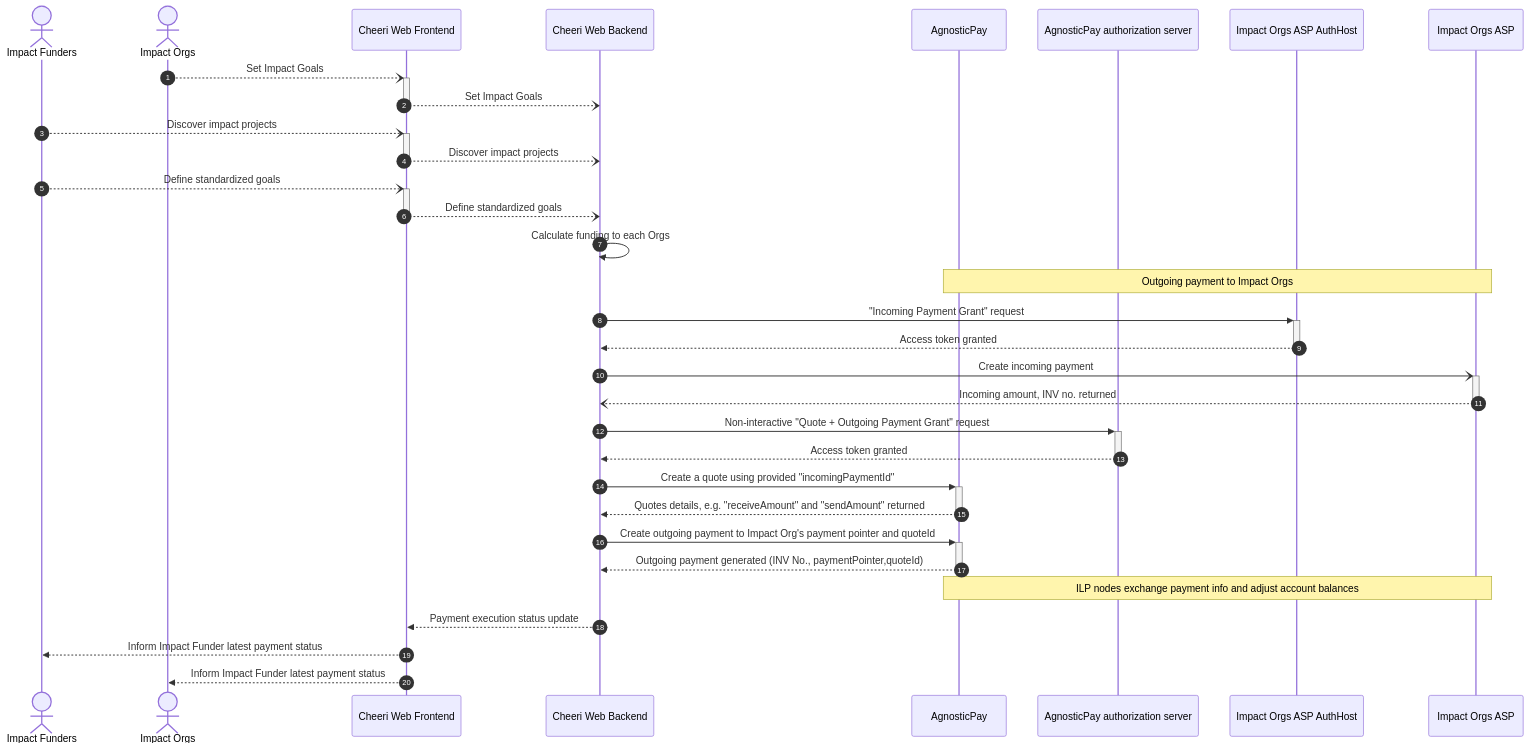
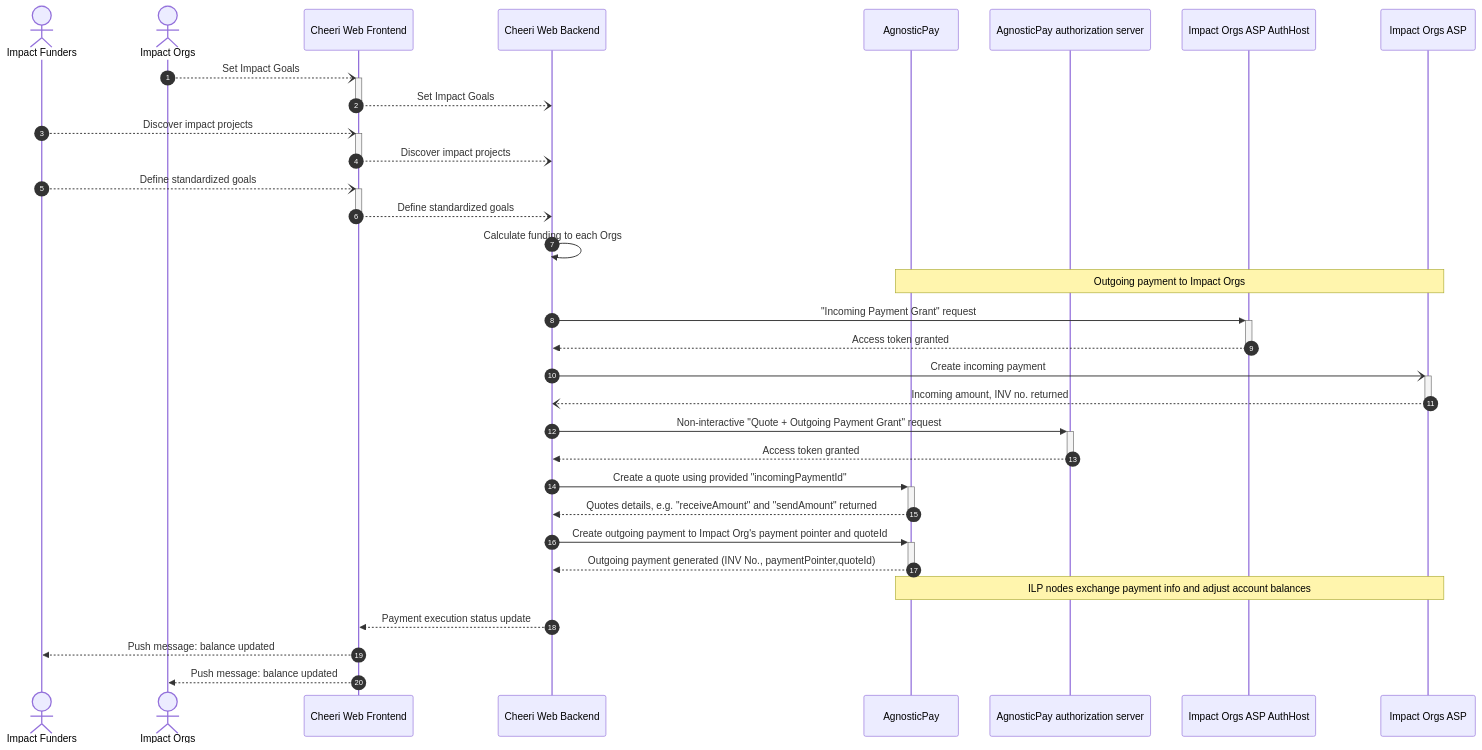
One commit to anguschiu1/interledger-divao changed the diagram in rafiki-divao-demo/demo-Cheeri.md. Above: the diagram before and after it, drawn with Mermaid.

Commit message:
revise sequence diagram

````diff
--- a/rafiki-divao-demo/demo-Cheeri.md
+++ b/rafiki-divao-demo/demo-Cheeri.md
@@ -5,35 +5,35 @@
 ```mermaid
 sequenceDiagram
 autonumber
 actor F as Impact Funders
 actor I as Impact Orgs
 participant CFE as Cheeri Web Frontend
 participant CBE as Cheeri Web Backend
 participant AP as AgnosticPay
 participant APA as AgnosticPay authorization server
 participant IAAuth as Impact Orgs ASP AuthHost
 participant IA as Impact Orgs ASP
 I--)+CFE: Set Impact Goals
 CFE--)-CBE: Set Impact Goals
 F--)+CFE: Discover impact projects
 CFE--)-CBE: Discover impact projects
 F--)+CFE: Define standardized goals
 CFE--)-CBE: Define standardized goals
 CBE->>CBE: Calculate funding to each Orgs
 
 Note over AP,IA: Outgoing payment to Impact Orgs
 CBE->>+IAAuth: "Incoming Payment Grant" request
 IAAuth-->>-CBE: Access token granted
 CBE-)+IA: Create incoming payment
 IA--)-CBE: Incoming amount, INV no. returned
 CBE->>+APA: Non-interactive "Quote + Outgoing Payment Grant" request
 APA-->>-CBE: Access token granted
 CBE->>+AP: Create a quote using provided "incomingPaymentId"
 AP-->>-CBE: Quotes details, e.g. "receiveAmount" and "sendAmount" returned
 CBE->>+AP: Create outgoing payment to Impact Org's payment pointer and quoteId
 AP-->>-CBE: Outgoing payment generated (INV No., paymentPointer,quoteId)
 Note over AP, IA: ILP nodes exchange payment info and adjust account balances
 CBE-->>CFE: Payment execution status update
-CFE-->>F: Inform Impact Funder latest payment status
-CFE-->>I: Inform Impact Funder latest payment status
+CFE-->>F: Push message: balance updated
+CFE-->>I: Push message: balance updated
 ```
````
